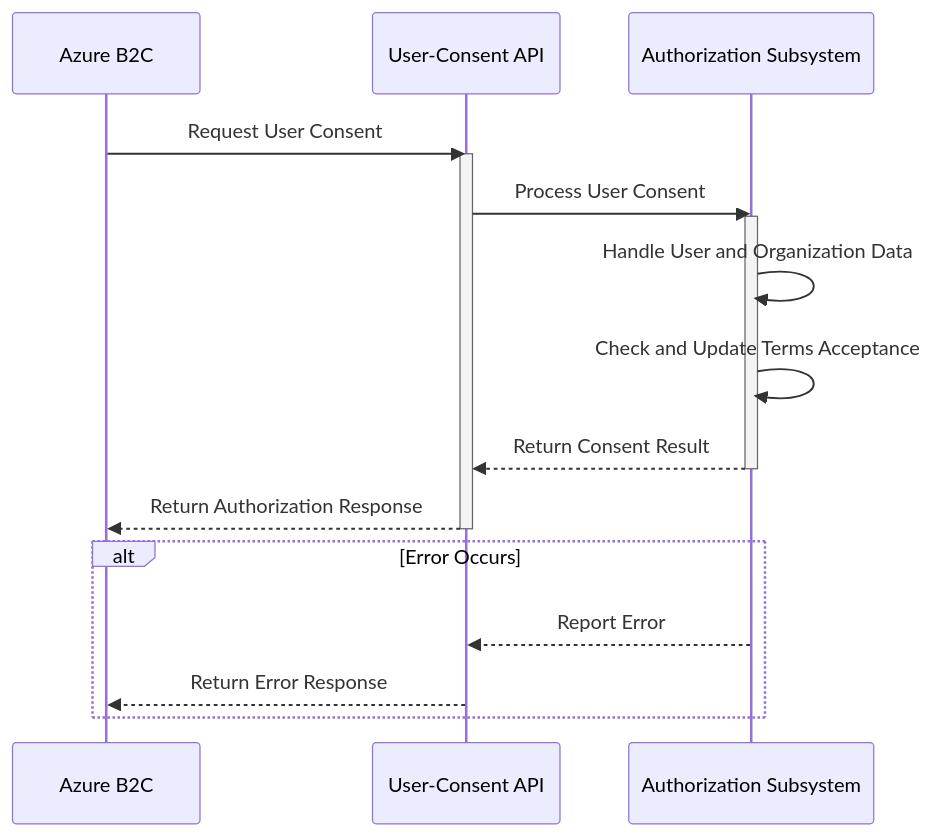
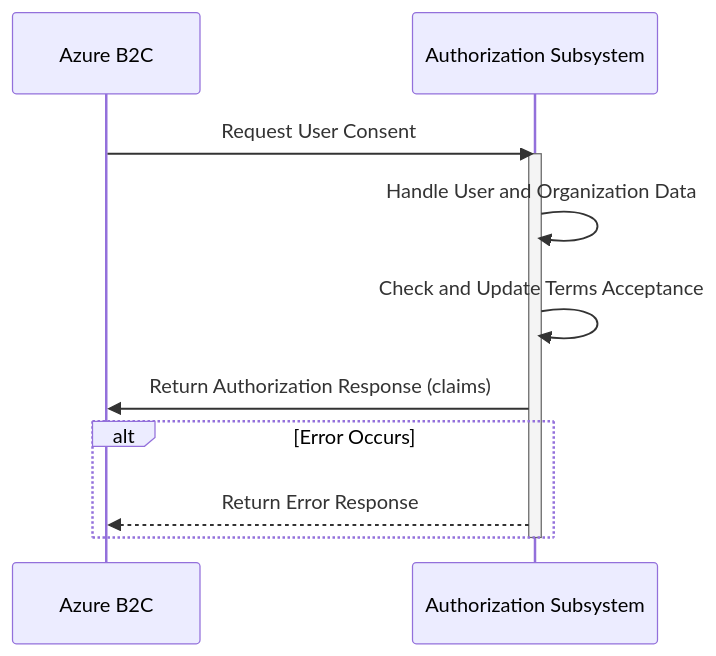
One commit to Energinet-DataHub/energy-origin changed the fifth of 7 diagrams in doc/architecture/domains/authorization.md. Above: the diagram before and after it, drawn with Mermaid. The commit also changed other lines of this file and 3 other files, not shown here.

````diff
--- a/doc/architecture/domains/authorization.md
+++ b/doc/architecture/domains/authorization.md
@@ -234,27 +178,19 @@
 ```mermaid
 sequenceDiagram
     participant B2C as Azure B2C
-    participant API as User-Consent API
     participant Backend as Authorization Subsystem
 
-    B2C->>API: Request User Consent
-    activate API
-
-    API->>Backend: Process User Consent
+    B2C->>Backend: Request User Consent
     activate Backend
-
+    
     Backend->>Backend: Handle User and Organization Data
-
     Backend->>Backend: Check and Update Terms Acceptance
 
-    Backend-->>API: Return Consent Result
-    deactivate Backend
-
-    API-->>B2C: Return Authorization Response
-    deactivate API
+    Backend->>B2C: Return Authorization Response (claims)
 
     alt Error Occurs
-        Backend-->>API: Report Error
-        API-->>B2C: Return Error Response
+        Backend-->>B2C: Return Error Response
     end
+
+    deactivate Backend
 ```
````
